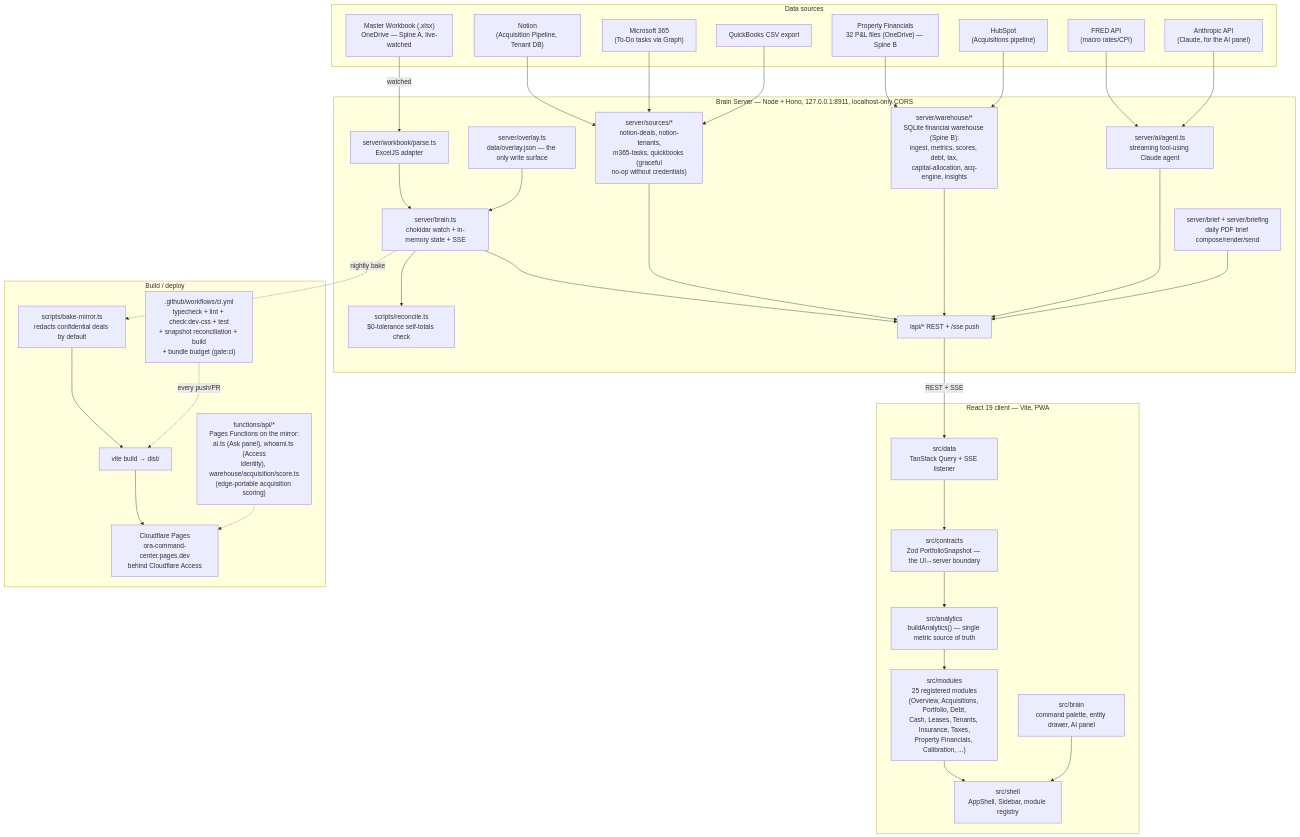
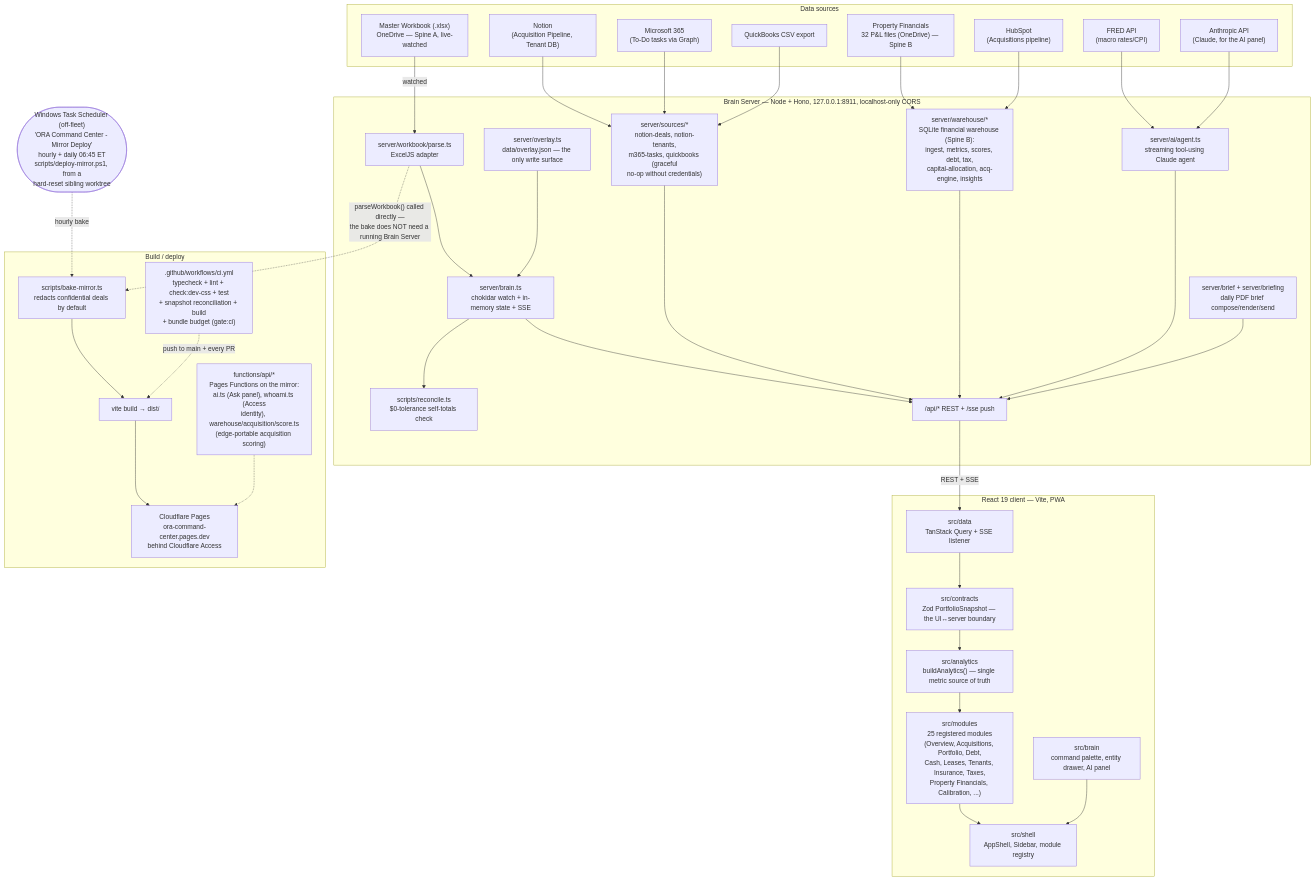
One commit to ZeOoba/oxford-command-center changed the diagram in README.md. Above: the diagram before and after it, drawn with Mermaid. The commit also changed other lines of this file, not shown here.

First paragraph of the commit message:
docs(readme): re-verify the architecture diagram against live state
The diagram carried a diagram-verified stamp of 2026-08-21 but its deploy path
was wrong in three ways. Corrected, then restamped 2026-09-18.

````diff
--- a/README.md
+++ b/README.md
@@ -17,66 +17,68 @@
 ```mermaid
 flowchart TB
     subgraph sources["Data sources"]
         WB["Master Workbook (.xlsx)\nOneDrive — Spine A, live-watched"]
         PF["Property Financials\n32 P&L files (OneDrive) — Spine B"]
         NOTION["Notion\n(Acquisition Pipeline, Tenant DB)"]
         HUBSPOT["HubSpot\n(Acquisitions pipeline)"]
         M365["Microsoft 365\n(To-Do tasks via Graph)"]
         QB["QuickBooks CSV export"]
         FRED["FRED API\n(macro rates/CPI)"]
         CLAUDE["Anthropic API\n(Claude, for the AI panel)"]
     end
 
     subgraph server["Brain Server — Node + Hono, 127.0.0.1:8911, localhost-only CORS"]
         PARSE["server/workbook/parse.ts\nExcelJS adapter"]
         WATCH["server/brain.ts\nchokidar watch + in-memory state + SSE"]
         OVERLAY["server/overlay.ts\ndata/overlay.json — the only write surface"]
         RECON["scripts/reconcile.ts\n$0-tolerance self-totals check"]
         WH["server/warehouse/*\nSQLite financial warehouse (Spine B):\ningest, metrics, scores, debt, tax,\ncapital-allocation, acq-engine, insights"]
         AI["server/ai/agent.ts\nstreaming tool-using Claude agent"]
         SRC["server/sources/*\nnotion-deals, notion-tenants,\nm365-tasks, quickbooks (graceful\nno-op without credentials)"]
         BRIEF["server/brief + server/briefing\ndaily PDF brief compose/render/send"]
         API["/api/* REST + /sse push"]
     end
 
     subgraph client["React 19 client — Vite, PWA"]
         CONTRACTS["src/contracts\nZod PortfolioSnapshot — the UI↔server boundary"]
         DATA["src/data\nTanStack Query + SSE listener"]
         ANALYTICS["src/analytics\nbuildAnalytics() — single metric source of truth"]
         MODULES["src/modules\n25 registered modules\n(Overview, Acquisitions, Portfolio, Debt,\nCash, Leases, Tenants, Insurance, Taxes,\nProperty Financials, Calibration, ...)"]
         BRAIN["src/brain\ncommand palette, entity drawer, AI panel"]
         SHELL["src/shell\nAppShell, Sidebar, module registry"]
     end
 
     subgraph deploy["Build / deploy"]
         BAKE["scripts/bake-mirror.ts\nredacts confidential deals by default"]
         BUILD["vite build → dist/"]
         PAGES["Cloudflare Pages\nora-command-center.pages.dev\nbehind Cloudflare Access"]
         FUNC["functions/api/*\nPages Functions on the mirror:\nai.ts (Ask panel), whoami.ts (Access\nidentity), warehouse/acquisition/score.ts\n(edge-portable acquisition scoring)"]
         CI[".github/workflows/ci.yml\ntypecheck + lint + check:dev-css + test\n+ snapshot reconciliation + build\n+ bundle budget (gate:ci)"]
     end
 
     WB -- watched --> PARSE --> WATCH
     PF --> WH
     NOTION --> SRC
     HUBSPOT --> WH
     M365 --> SRC
     QB --> SRC
     FRED --> AI
     CLAUDE --> AI
     WATCH --> RECON
     WATCH --> API
     SRC --> API
     WH --> API
     AI --> API
     BRIEF --> API
     OVERLAY --> WATCH
     API -- REST + SSE --> DATA
     DATA --> CONTRACTS --> ANALYTICS --> MODULES
     MODULES --> SHELL
     BRAIN --> SHELL
 
-    WATCH -. nightly bake .-> BAKE --> BUILD --> PAGES
+    WINTASK(["Windows Task Scheduler (off-fleet)\n'ORA Command Center - Mirror Deploy'\nhourly + daily 06:45 ET\nscripts/deploy-mirror.ps1, from a\nhard-reset sibling worktree"])
+    WINTASK -. hourly bake .-> BAKE --> BUILD --> PAGES
+    PARSE -. "parseWorkbook() called directly —\nthe bake does NOT need a running Brain Server" .-> BAKE
     FUNC -.-> PAGES
-    CI -. every push/PR .-> BUILD
+    CI -. push to main + every PR .-> BUILD
 ```
````
